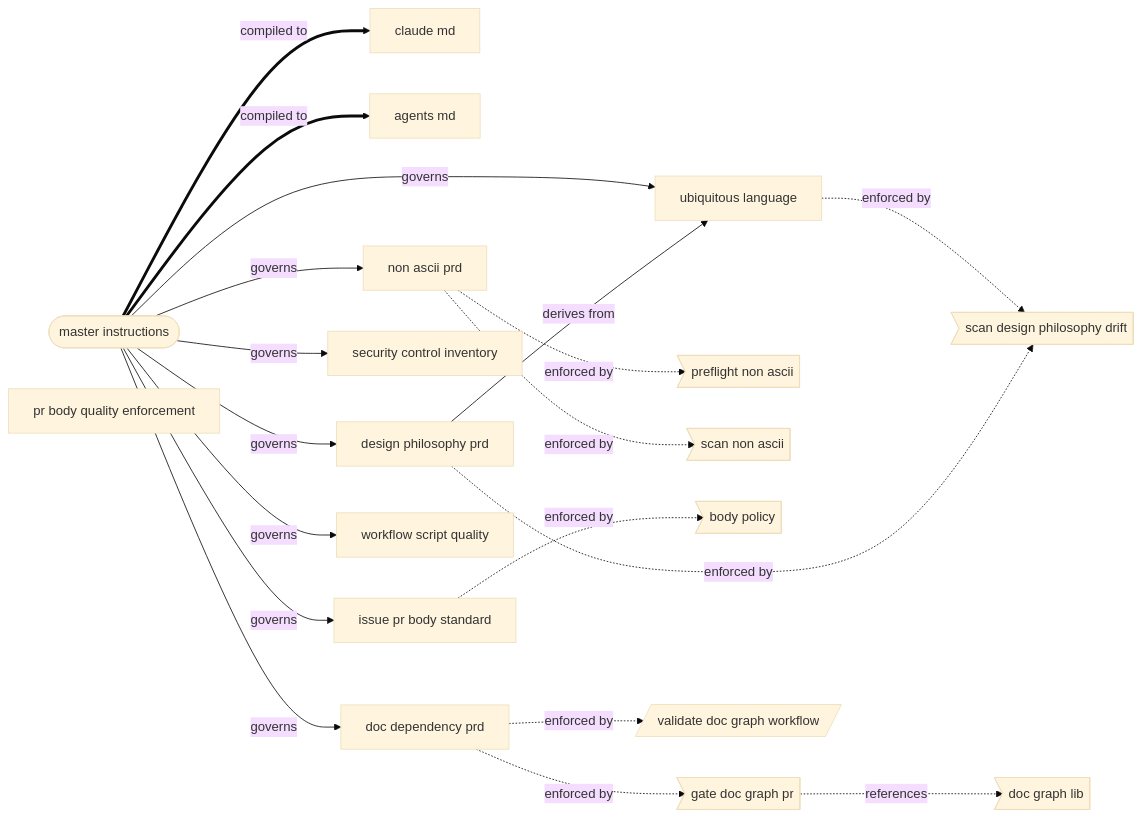
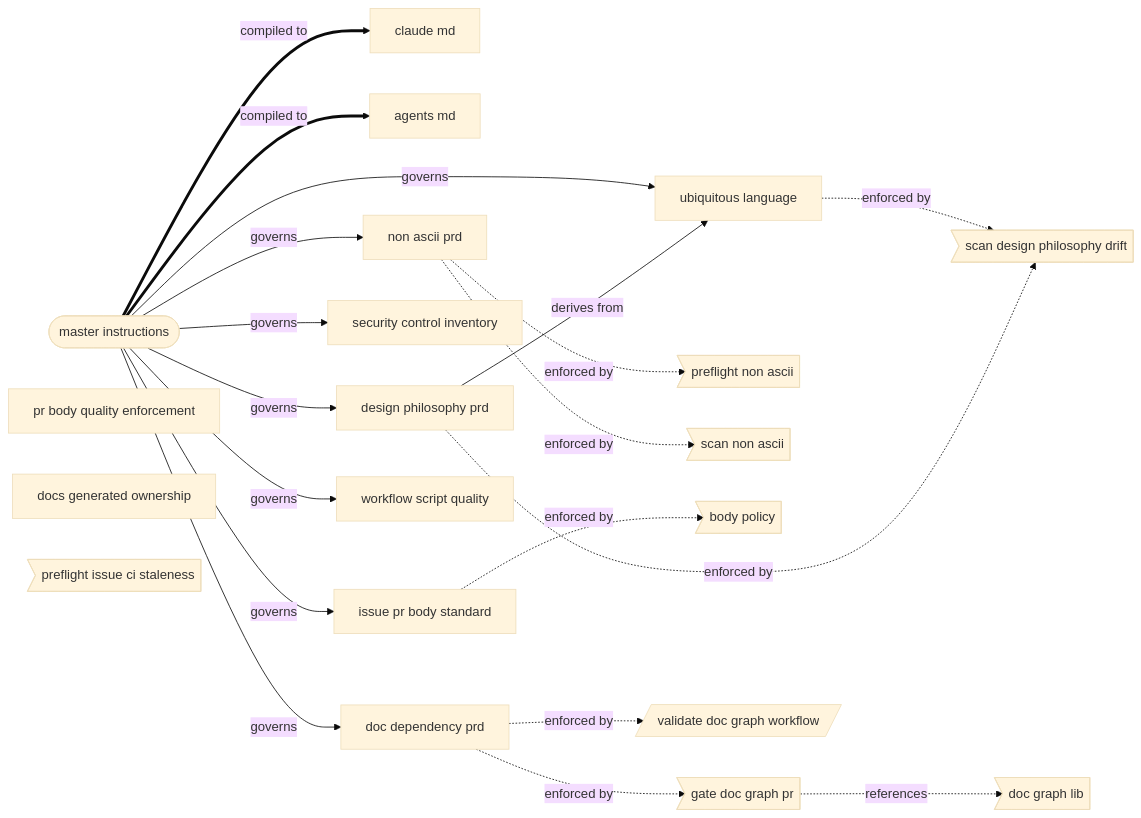
One commit to tvna/claude-md changed the diagram in docs/generated/graph/doc-dependency-graph.md. Above: the diagram before and after it, drawn with Mermaid (base theme). The commit also changed other lines of this file and 3 other files, not shown here.

First line of the commit message:
docs(generated): regenerate decision tree and workflow diagrams

````diff
--- a/docs/generated/graph/doc-dependency-graph.md
+++ b/docs/generated/graph/doc-dependency-graph.md
@@ -8,39 +8,41 @@
 ```mermaid
 flowchart LR
     master_instructions(["master instructions"])
     claude_md["claude md"]
     agents_md["agents md"]
     design_philosophy_prd["design philosophy prd"]
     non_ascii_prd["non ascii prd"]
     security_control_inventory["security control inventory"]
     issue_pr_body_standard["issue pr body standard"]
     workflow_script_quality["workflow script quality"]
     pr_body_quality_enforcement["pr body quality enforcement"]
     doc_dependency_prd["doc dependency prd"]
     ubiquitous_language["ubiquitous language"]
     scan_design_philosophy_drift>"scan design philosophy drift"]
     preflight_non_ascii>"preflight non ascii"]
     scan_non_ascii>"scan non ascii"]
     body_policy>"body policy"]
     gate_doc_graph_pr>"gate doc graph pr"]
     doc_graph_lib>"doc graph lib"]
     validate_doc_graph_workflow[/"validate doc graph workflow"/]
+    docs_generated_ownership["docs generated ownership"]
+    preflight_issue_ci_staleness>"preflight issue ci staleness"]
     master_instructions ==>|compiled to| claude_md
     master_instructions ==>|compiled to| agents_md
     master_instructions -->|governs| design_philosophy_prd
     master_instructions -->|governs| non_ascii_prd
     master_instructions -->|governs| security_control_inventory
     master_instructions -->|governs| issue_pr_body_standard
     master_instructions -->|governs| workflow_script_quality
     master_instructions -->|governs| doc_dependency_prd
     master_instructions -->|governs| ubiquitous_language
     design_philosophy_prd -->|derives from| ubiquitous_language
     ubiquitous_language -.->|enforced by| scan_design_philosophy_drift
     design_philosophy_prd -.->|enforced by| scan_design_philosophy_drift
     non_ascii_prd -.->|enforced by| preflight_non_ascii
     non_ascii_prd -.->|enforced by| scan_non_ascii
     issue_pr_body_standard -.->|enforced by| body_policy
     doc_dependency_prd -.->|enforced by| gate_doc_graph_pr
     doc_dependency_prd -.->|enforced by| validate_doc_graph_workflow
     gate_doc_graph_pr -.->|references| doc_graph_lib
 ```
````
